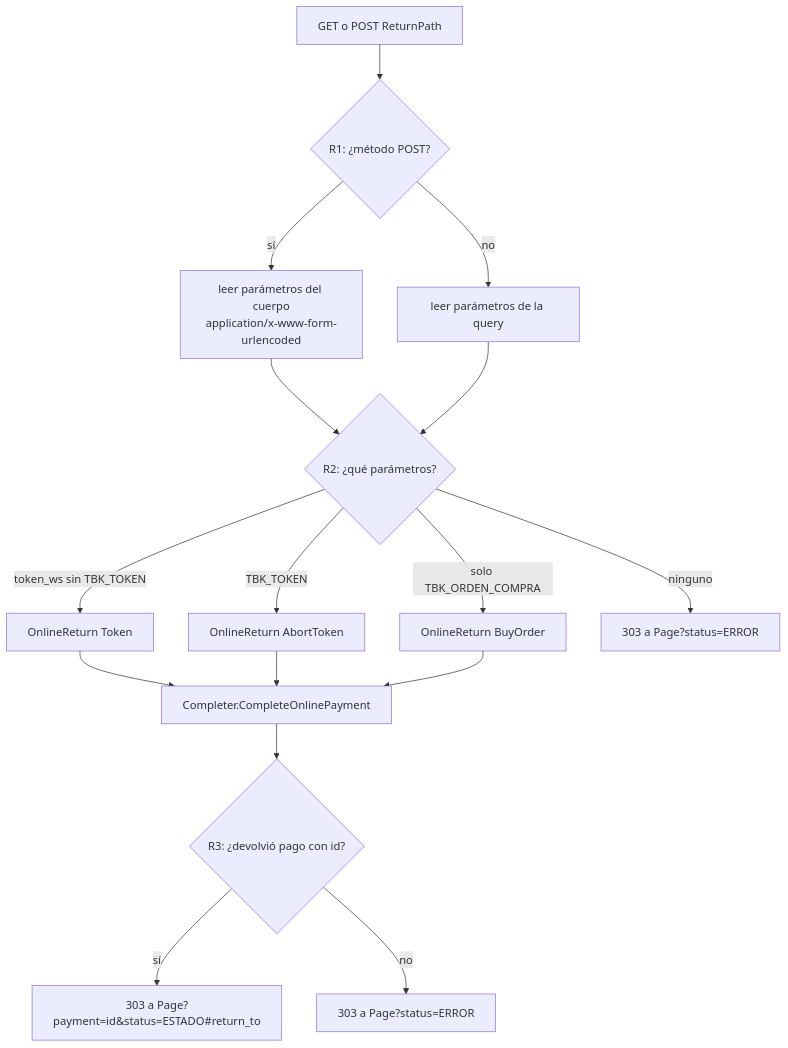
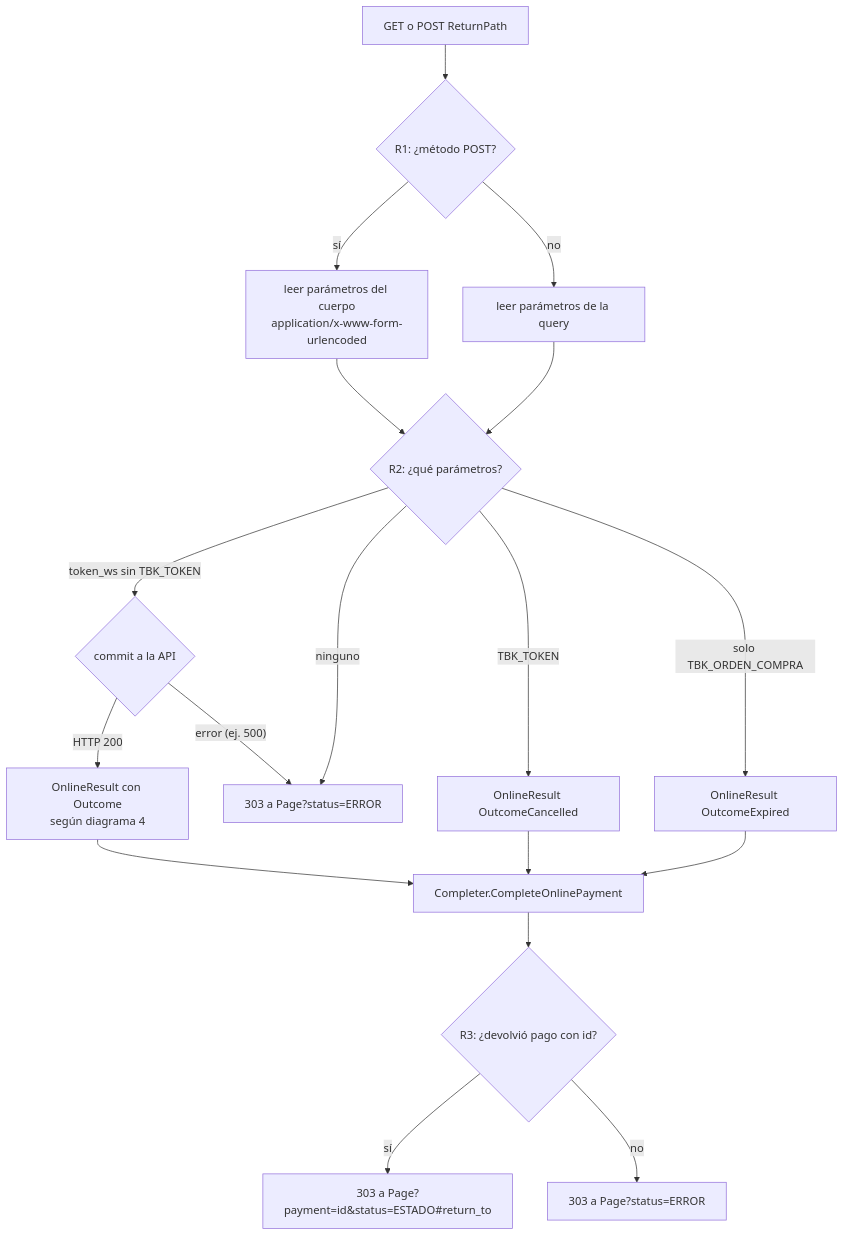
Before and after one commit to veltylabs/transbank: the sixth of 6 diagrams in docs/diagrams/flows.md, drawn with Mermaid. The commit also changed 20 other files, not shown here.

````diff
--- a/docs/diagrams/flows.md
+++ b/docs/diagrams/flows.md
@@ -87,18 +87,20 @@
 ```mermaid
 flowchart TD
     A[GET o POST ReturnPath] --> R1{R1: ¿método POST?}
     R1 -- sí --> PB[leer parámetros del cuerpo<br>application/x-www-form-urlencoded]
     R1 -- no --> PQ[leer parámetros de la query]
     PB --> R2
     PQ --> R2{R2: ¿qué parámetros?}
-    R2 -- "token_ws sin TBK_TOKEN" --> N[OnlineReturn Token]
-    R2 -- TBK_TOKEN --> AB[OnlineReturn AbortToken]
-    R2 -- "solo TBK_ORDEN_COMPRA" --> TO[OnlineReturn BuyOrder]
+    R2 -- "token_ws sin TBK_TOKEN" --> C{commit a la API}
+    C -- "HTTP 200" --> N[OnlineResult con Outcome<br>según diagrama 4]
+    C -- "error (ej. 500)" --> BAD
+    R2 -- TBK_TOKEN --> AB[OnlineResult OutcomeCancelled]
+    R2 -- "solo TBK_ORDEN_COMPRA" --> TO[OnlineResult OutcomeExpired]
     R2 -- ninguno --> BAD[303 a Page?status=ERROR]
     N --> CP[Completer.CompleteOnlinePayment]
     AB --> CP
     TO --> CP
     CP --> R3{R3: ¿devolvió pago con id?}
     R3 -- sí --> OK[303 a Page?payment=id&status=ESTADO#return_to]
     R3 -- no --> ERR[303 a Page?status=ERROR]
 ```
````
